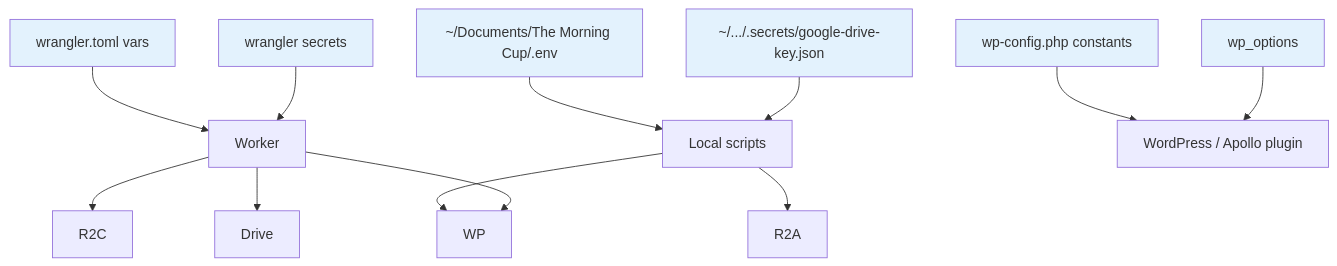
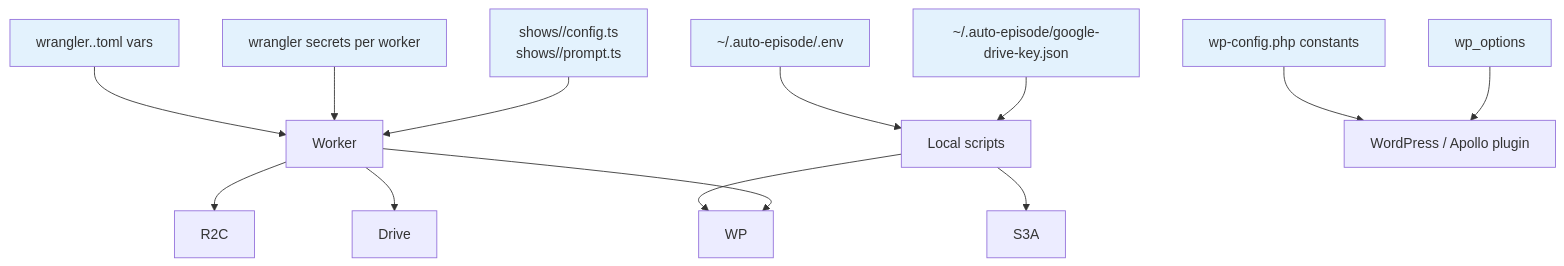
The sixth of 8 diagrams in docs/PIPELINE.md (pennydoesdev/TheMorningCup-Episode-Generator), drawn with Mermaid before and after one commit. The commit also changed other lines of this file, not shown here.

Commit message:
PIPELINE.md: rewrite generic for any show (no Morning Cup specifics)

````diff
--- a/docs/PIPELINE.md
+++ b/docs/PIPELINE.md
@@ -238,19 +240,20 @@
 ```mermaid
 flowchart TB
-  WT[wrangler.toml vars] --> W
-  WS[wrangler secrets] --> W
-  ENV[~/Documents/The Morning Cup/.env] --> Local[Local scripts]
-  SVC[~/.../.secrets/google-drive-key.json] --> Local
+  WT[wrangler.<show-key>.toml vars] --> W
+  WS[wrangler secrets per worker] --> W
+  ENV[~/.auto-episode/.env] --> Local[Local scripts]
+  SVC[~/.auto-episode/google-drive-key.json] --> Local
+  SHOWS[shows/<show-key>/config.ts<br/>shows/<show-key>/prompt.ts] --> W
   WPCONF[wp-config.php constants] --> WPS[WordPress / Apollo plugin]
   DBO[wp_options] --> WPS
 
   W[Worker]
-  Local --> R2A
+  Local --> S3A
   Local --> WP
   W --> R2C
   W --> Drive
   W --> WP
 
   classDef cfg fill:#e3f2fd
-  class WT,WS,ENV,SVC,WPCONF,DBO cfg
+  class WT,WS,ENV,SVC,SHOWS,WPCONF,DBO cfg
 ```
````
